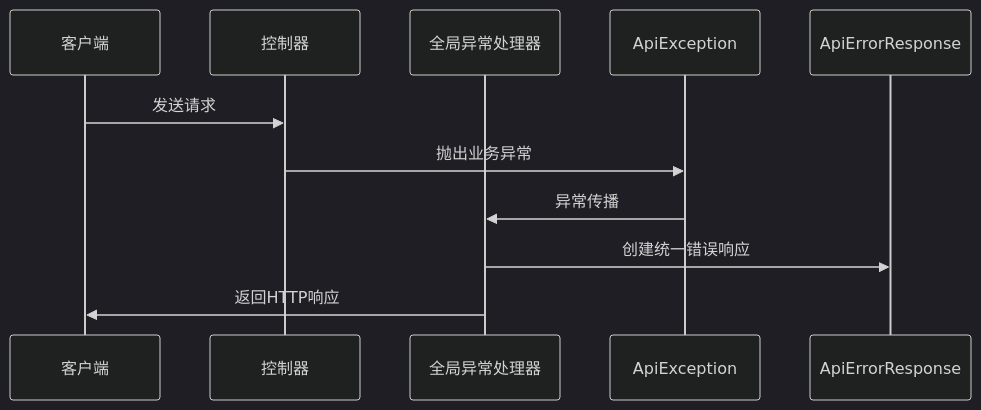
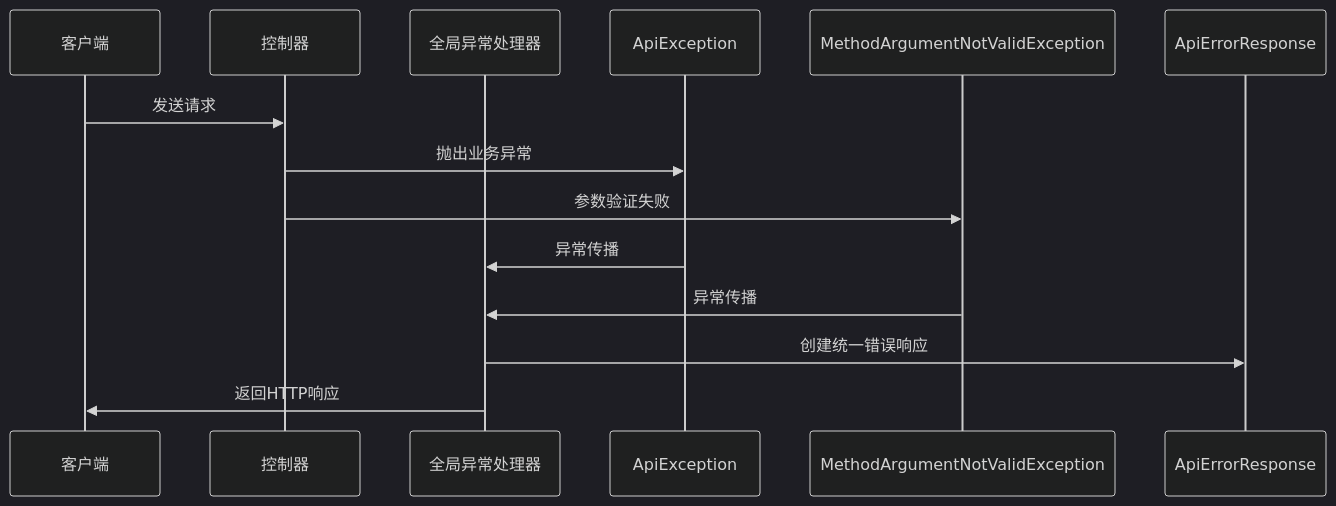
One commit to Jayden23018/blind-run-ios changed the third of 5 diagrams in .qoder/repowiki/zh/content/API 接口文档/错误处理与响应.md. Above: the diagram before and after it, drawn with Mermaid (dark theme). The commit also changed other lines of this file and 22 other files, not shown here.

````diff
--- a/.qoder/repowiki/zh/content/API 接口文档/错误处理与响应.md
+++ b/.qoder/repowiki/zh/content/API 接口文档/错误处理与响应.md
@@ -141,13 +140,16 @@
 ```mermaid
 sequenceDiagram
 participant Client as 客户端
 participant Controller as 控制器
 participant Handler as 全局异常处理器
 participant Exception as ApiException
+participant ValidationException as MethodArgumentNotValidException
 participant Response as ApiErrorResponse
 Client->>Controller : 发送请求
 Controller->>Exception : 抛出业务异常
+Controller->>ValidationException : 参数验证失败
 Exception->>Handler : 异常传播
+ValidationException->>Handler : 异常传播
 Handler->>Response : 创建统一错误响应
 Handler->>Client : 返回HTTP响应
 ```
````
